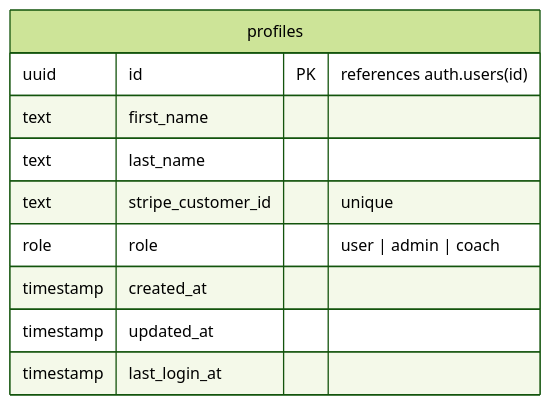
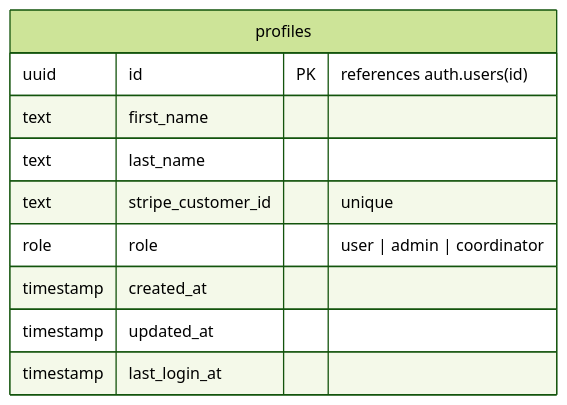
The diagram in docs/profiles.md (hack4impact/mcld-project), drawn with Mermaid (forest theme) before and after one commit. The commit also changed other lines of this file and 28 other files, not shown here.

Commit message:
feat(coordinator): rename coach to coordinator and add coordinator dashboard

````diff
--- a/docs/profiles.md
+++ b/docs/profiles.md
@@ -5,13 +5,13 @@
 ```mermaid
 erDiagram
     profiles {
         uuid id PK "references auth.users(id)"
         text first_name
         text last_name
         text stripe_customer_id "unique"
-        role role "user | admin | coach"
+        role role "user | admin | coordinator"
         timestamp created_at
         timestamp updated_at
         timestamp last_login_at
     }
 ```
````
